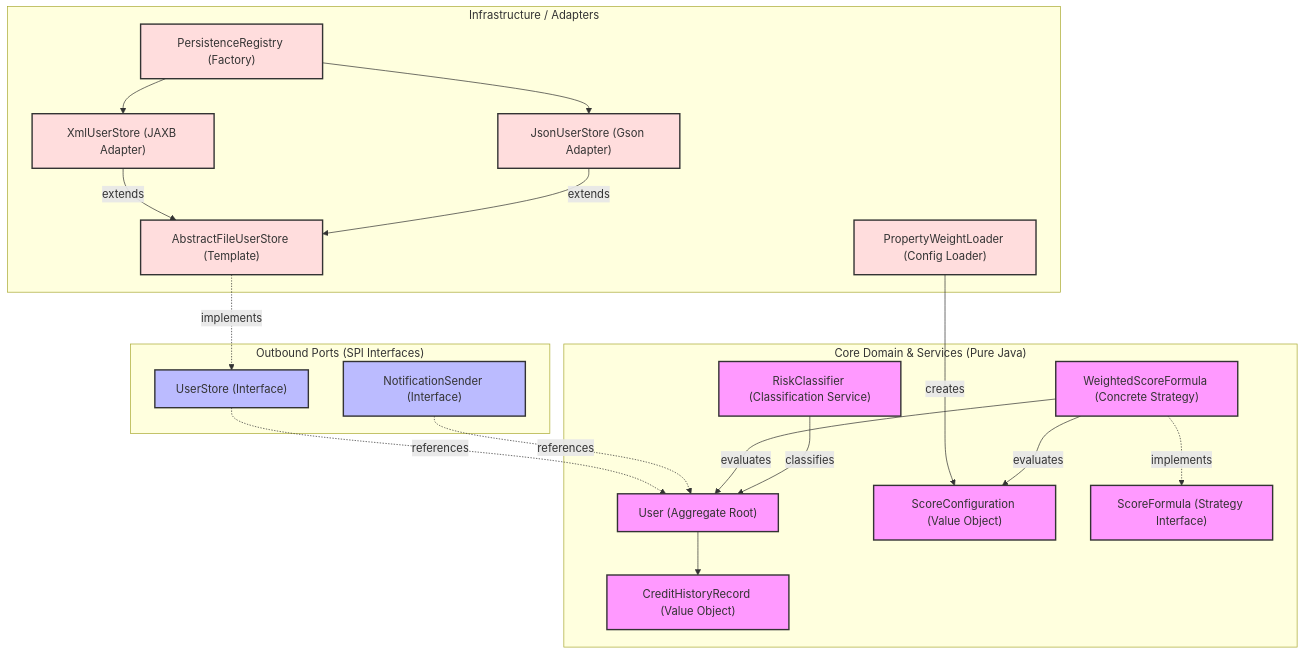
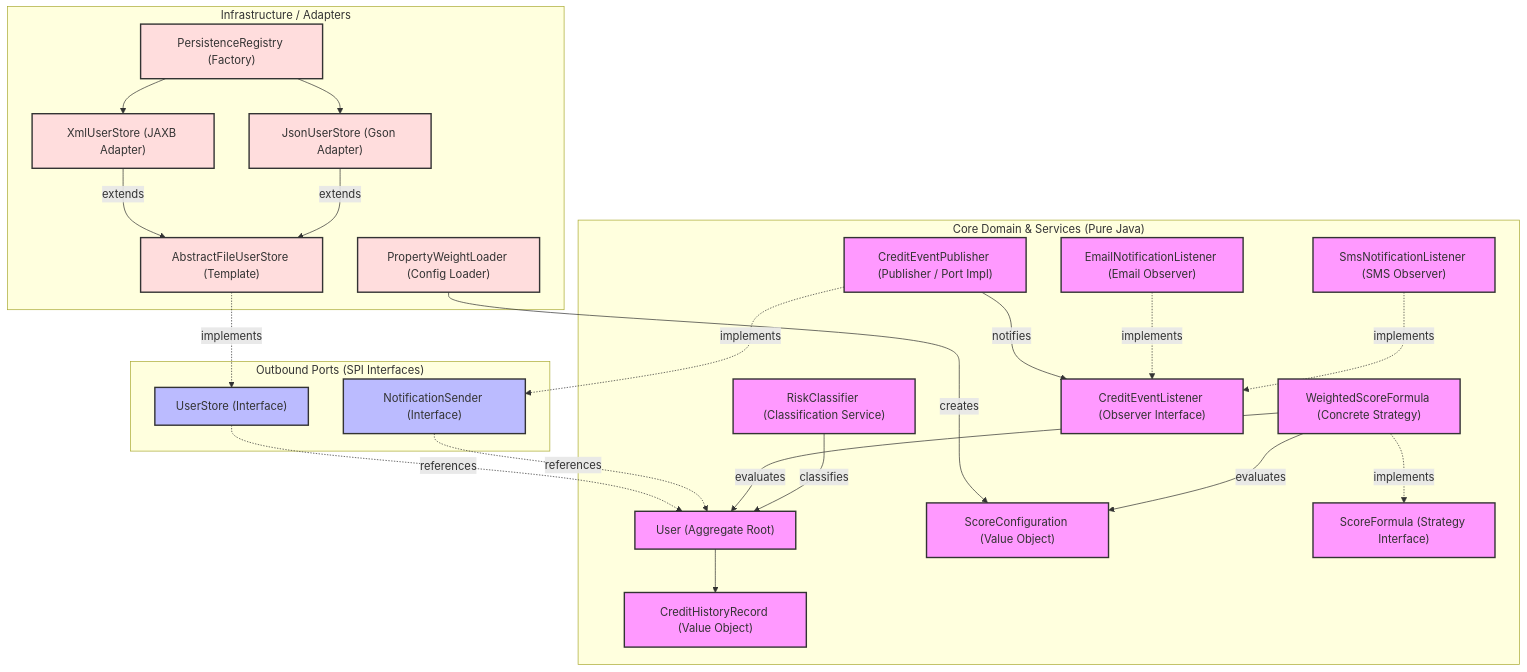
The first of 2 diagrams in docs/01_architecture_overview.md (Pinkylml/CreditScoreManagement), drawn with Mermaid before and after one commit. The commit also changed other lines of this file and 12 other files, not shown here.

````diff
--- a/docs/01_architecture_overview.md
+++ b/docs/01_architecture_overview.md
@@ -11,45 +11,55 @@
 ```mermaid
 graph TD
     %% Define styles
     classDef domain fill:#f9f,stroke:#333,stroke-width:2px;
     classDef ports fill:#bbf,stroke:#333,stroke-width:2px;
     classDef infra fill:#fdd,stroke:#333,stroke-width:2px;
 
     %% Hexagonal boundaries
     subgraph CoreDomain ["Core Domain & Services (Pure Java)"]
         User["User (Aggregate Root)"]:::domain
         CHR["CreditHistoryRecord (Value Object)"]:::domain
         ScoreConfig["ScoreConfiguration (Value Object)"]:::domain
         ScoreFormula["ScoreFormula (Strategy Interface)"]:::domain
         WeightedScoreFormula["WeightedScoreFormula (Concrete Strategy)"]:::domain
         RiskClassifier["RiskClassifier (Classification Service)"]:::domain
+        CreditEventListener["CreditEventListener (Observer Interface)"]:::domain
+        EmailNotificationListener["EmailNotificationListener (Email Observer)"]:::domain
+        SmsNotificationListener["SmsNotificationListener (SMS Observer)"]:::domain
+        CreditEventPublisher["CreditEventPublisher (Publisher / Port Impl)"]:::domain
     end
 
     subgraph Ports ["Outbound Ports (SPI Interfaces)"]
         UserStore["UserStore (Interface)"]:::ports
         NotificationSender["NotificationSender (Interface)"]:::ports
     end
 
     subgraph Infrastructure ["Infrastructure / Adapters"]
         PersistenceRegistry["PersistenceRegistry (Factory)"]:::infra
         AbstractFileUserStore["AbstractFileUserStore (Template)"]:::infra
         XmlUserStore["XmlUserStore (JAXB Adapter)"]:::infra
         JsonUserStore["JsonUserStore (Gson Adapter)"]:::infra
         PropertyWeightLoader["PropertyWeightLoader (Config Loader)"]:::infra
     end
 
     %% Relationships
     User --> CHR
     UserStore -.->|references| User
     AbstractFileUserStore -.->|implements| UserStore
     XmlUserStore -->|extends| AbstractFileUserStore
     JsonUserStore -->|extends| AbstractFileUserStore
     PersistenceRegistry --> XmlUserStore
     PersistenceRegistry --> JsonUserStore
     NotificationSender -.->|references| User
     PropertyWeightLoader -->|creates| ScoreConfig
     WeightedScoreFormula -.->|implements| ScoreFormula
     WeightedScoreFormula -->|evaluates| User
     WeightedScoreFormula -->|evaluates| ScoreConfig
     RiskClassifier -->|classifies| User
+
+    %% Observer wiring
+    CreditEventPublisher -.->|implements| NotificationSender
+    CreditEventPublisher -->|notifies| CreditEventListener
+    EmailNotificationListener -.->|implements| CreditEventListener
+    SmsNotificationListener -.->|implements| CreditEventListener
 ```
````
